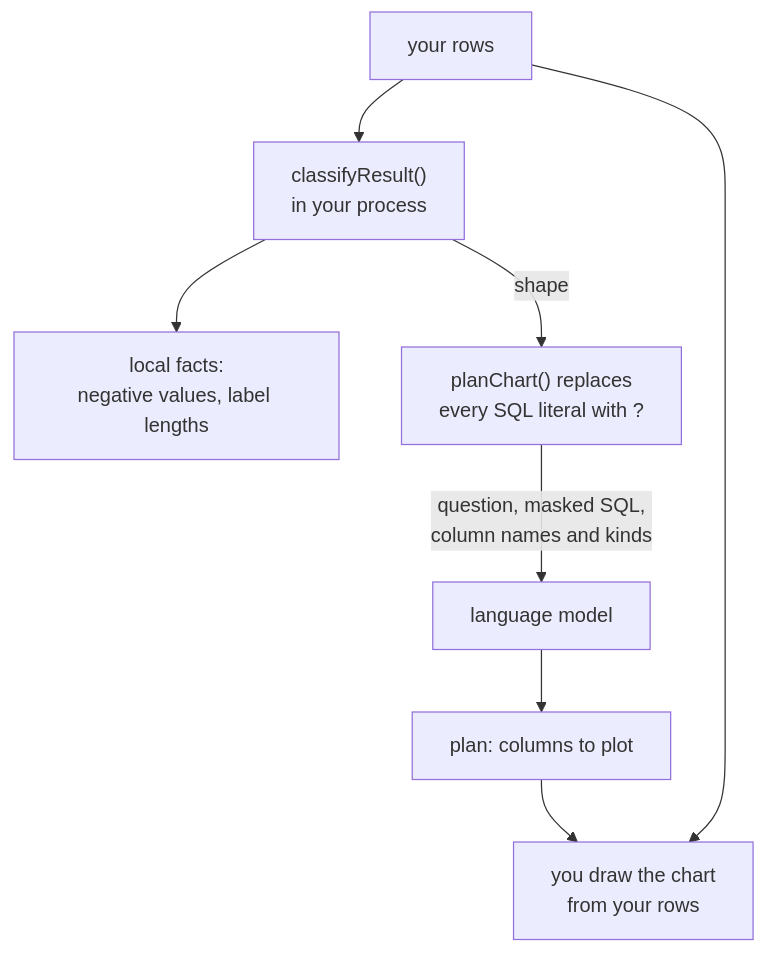
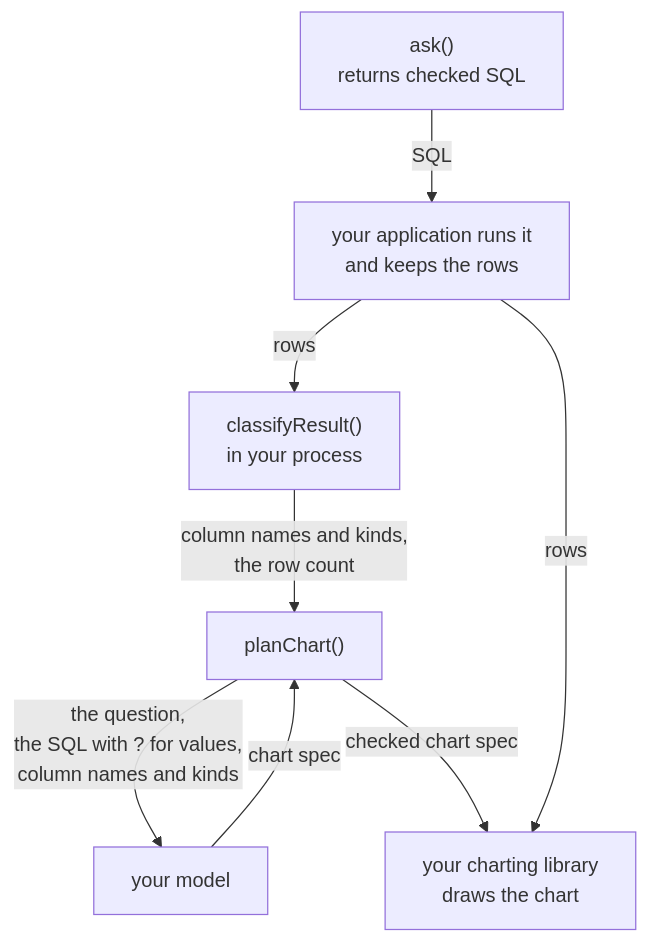
The diagram in apps/docs-site/src/content/docs/guides/plan-a-chart.mdx (Benphemeh/AskDB), drawn with Mermaid before and after one commit. The commit also changed other lines of this file and 34 other files, not shown here.

````diff
--- a/apps/docs-site/src/content/docs/guides/plan-a-chart.mdx
+++ b/apps/docs-site/src/content/docs/guides/plan-a-chart.mdx
@@ -99,19 +32,19 @@
 ```mermaid
 flowchart TB
-  %% Source of truth: ADR 0044 (docs/adrs/0044-chart-planning-sends-no-rows.md), classifyResult in
-  %% packages/client/src/charts/classify.ts and buildChartUserPrompt in prompt.ts.
-  rows["your rows"]
+  %% Who holds what while a chart is planned. Source of truth: packages/client/src/charts/
+  %% (classify.ts, plan.ts, validate.ts, fallback.ts). The rows go from the application's own
+  %% query to classifyResult() and to its own charting library, and to nothing else.
+  ask["ask()<br/>returns checked SQL"]
+  run["your application runs it<br/>and keeps the rows"]
   classify["classifyResult()<br/>in your process"]
-  local["local facts:<br/>negative values, label lengths"]
-  mask["planChart() replaces<br/>every SQL literal with ?"]
-  model["language model"]
-  plan["plan: columns to plot"]
-  draw["you draw the chart<br/>from your rows"]
-  rows --> classify
-  classify --> local
-  classify -- "shape" --> mask
-  mask -- "question, masked SQL,<br/>column names and kinds" --> model
-  model --> plan
-  plan --> draw
-  rows --> draw
+  plan["planChart()"]
+  model["your model"]
+  draw["your charting library<br/>draws the chart"]
+  ask -- "SQL" --> run
+  run -- "rows" --> classify
+  classify -- "column names and kinds,<br/>the row count" --> plan
+  plan -- "the question,<br/>the SQL with ? for values,<br/>column names and kinds" --> model
+  model -- "chart spec" --> plan
+  plan -- "checked chart spec" --> draw
+  run -- "rows" --> draw
 ```
````
